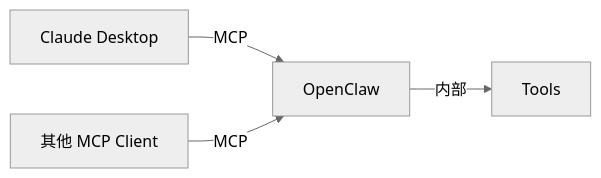
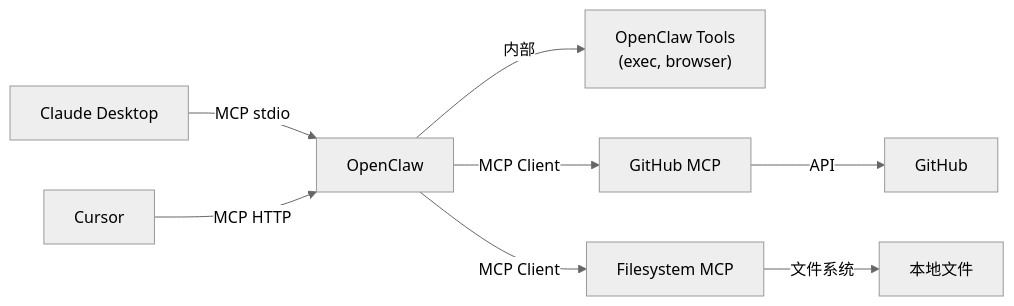
One commit to zenHeart/learn-ai changed the fifth of 5 diagrams in docs/zh/products/automation/openclaw/source-code/mcp.md. Above: the diagram before and after it, drawn with Mermaid (neutral theme). The commit also changed other lines of this file and 10 other files, not shown here.

````diff
--- a/docs/zh/products/automation/openclaw/source-code/mcp.md
+++ b/docs/zh/products/automation/openclaw/source-code/mcp.md
@@ -216,7 +325,12 @@
 ```mermaid
 graph LR
-    A["Claude Desktop"] -->|"MCP"| B["OpenClaw"]
-    B -->|"内部"| C["Tools"]
+    A["Claude Desktop"] -->|"MCP stdio"| B["OpenClaw"]
+    B -->|"内部"| C["OpenClaw Tools\n(exec, browser)"]
     
-    D["其他 MCP Client"] -->|"MCP"| B
+    D["Cursor"] -->|"MCP HTTP"| B
+    B -->|"MCP Client"| E["GitHub MCP"]
+    E -->|"API"| F["GitHub"]
+    
+    B -->|"MCP Client"| G["Filesystem MCP"]
+    G -->|"文件系统"| H["本地文件"]
 ```
````
